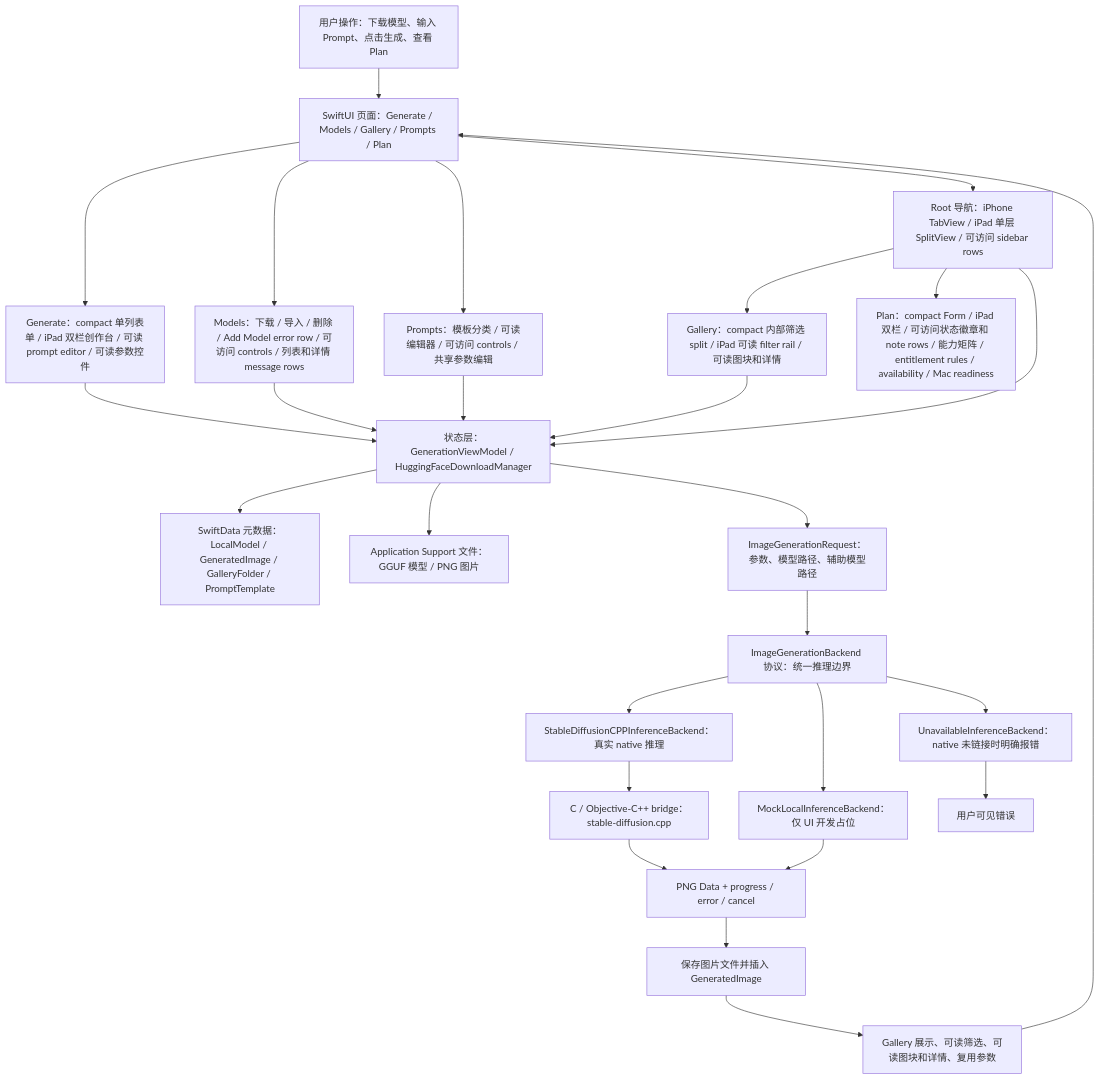
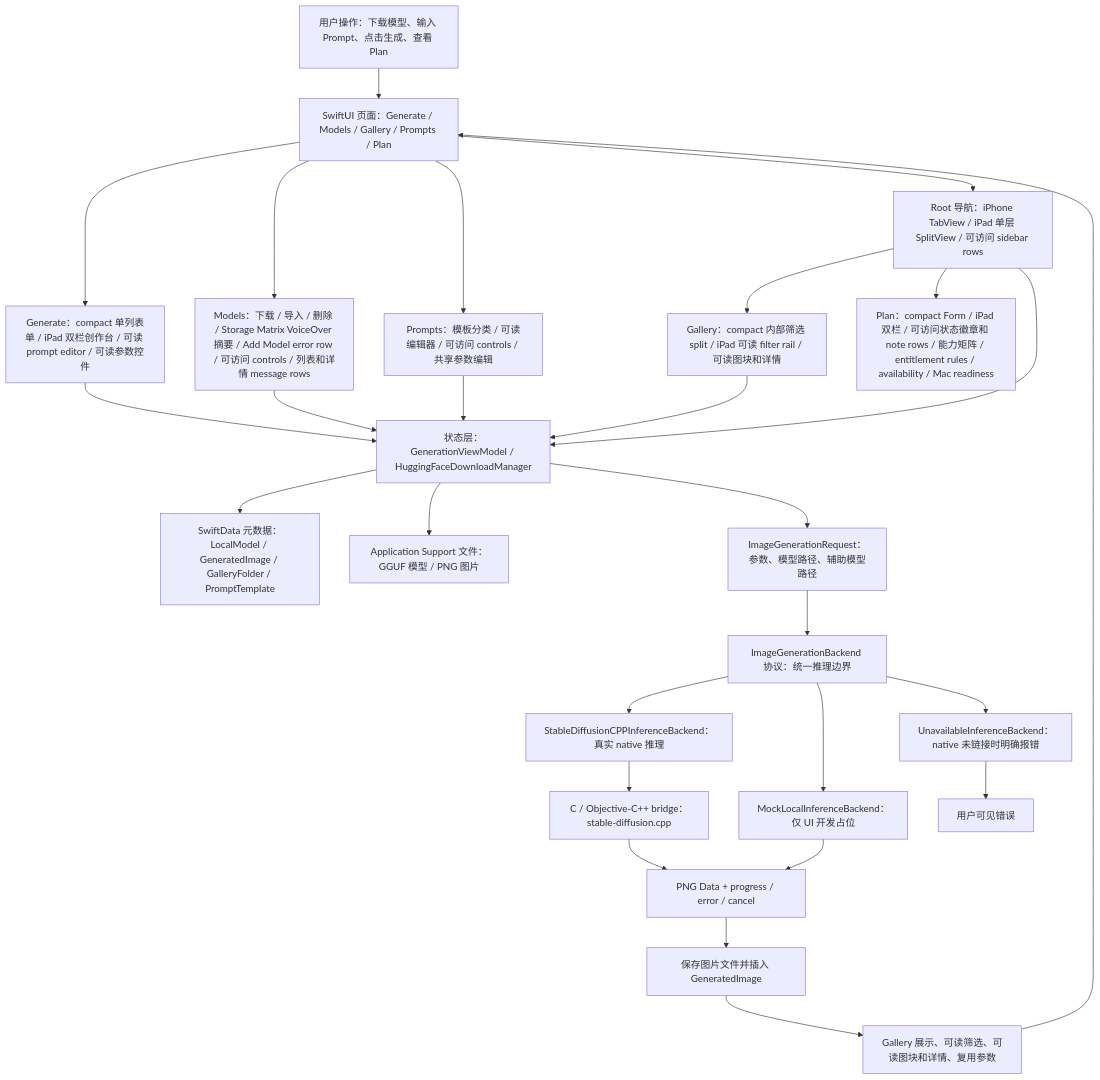
One commit to Altman-sam114/118 changed the first of 7 diagrams in md/flow/flowchart.md. Above: the diagram before and after it, drawn with Mermaid. The commit also changed other lines of this file and 5 other files, not shown here.

First line of the commit message:
v1.25: Models storage summary accessibility

````diff
--- a/md/flow/flowchart.md
+++ b/md/flow/flowchart.md
@@ -9,29 +9,29 @@
 ```mermaid
 flowchart TD
   U["用户操作：下载模型、输入 Prompt、点击生成、查看 Plan"] --> UI["SwiftUI 页面：Generate / Models / Gallery / Prompts / Plan"]
   UI --> GENUI["Generate：compact 单列表单 / iPad 双栏创作台 / 可读 prompt editor / 可读参数控件"]
-  UI --> MODELUI["Models：下载 / 导入 / 删除 / Add Model error row / 可访问 controls / 列表和详情 message rows"]
+  UI --> MODELUI["Models：下载 / 导入 / 删除 / Storage Matrix VoiceOver 摘要 / Add Model error row / 可访问 controls / 列表和详情 message rows"]
   UI --> PROMPTUI["Prompts：模板分类 / 可读编辑器 / 可访问 controls / 共享参数编辑"]
   UI --> NAV["Root 导航：iPhone TabView / iPad 单层 SplitView / 可访问 sidebar rows"]
   NAV --> GALUI["Gallery：compact 内部筛选 split / iPad 可读 filter rail / 可读图块和详情"]
   NAV --> PLANUI["Plan：compact Form / iPad 双栏 / 可访问状态徽章和 note rows / 能力矩阵 / entitlement rules / availability / Mac readiness"]
   NAV --> VM["状态层：GenerationViewModel / HuggingFaceDownloadManager"]
   GENUI --> VM
   MODELUI --> VM
   PROMPTUI --> VM
   GALUI --> VM
   VM --> SD["SwiftData 元数据：LocalModel / GeneratedImage / GalleryFolder / PromptTemplate"]
   VM --> FS["Application Support 文件：GGUF 模型 / PNG 图片"]
   VM --> REQ["ImageGenerationRequest：参数、模型路径、辅助模型路径"]
   REQ --> IFACE["ImageGenerationBackend 协议：统一推理边界"]
   IFACE --> NATIVE["StableDiffusionCPPInferenceBackend：真实 native 推理"]
   IFACE --> MOCK["MockLocalInferenceBackend：仅 UI 开发占位"]
   IFACE --> OFF["UnavailableInferenceBackend：native 未链接时明确报错"]
   NATIVE --> BRIDGE["C / Objective-C++ bridge：stable-diffusion.cpp"]
   BRIDGE --> PNG["PNG Data + progress / error / cancel"]
   MOCK --> PNG
   OFF --> ERR["用户可见错误"]
   PNG --> SAVE["保存图片文件并插入 GeneratedImage"]
   SAVE --> GALLERY["Gallery 展示、可读筛选、可读图块和详情、复用参数"]
   GALLERY --> UI
 ```
````
